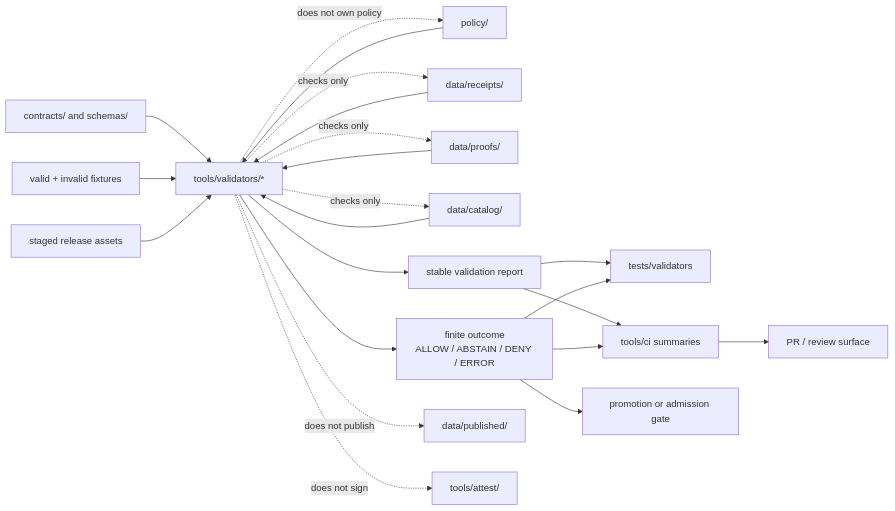
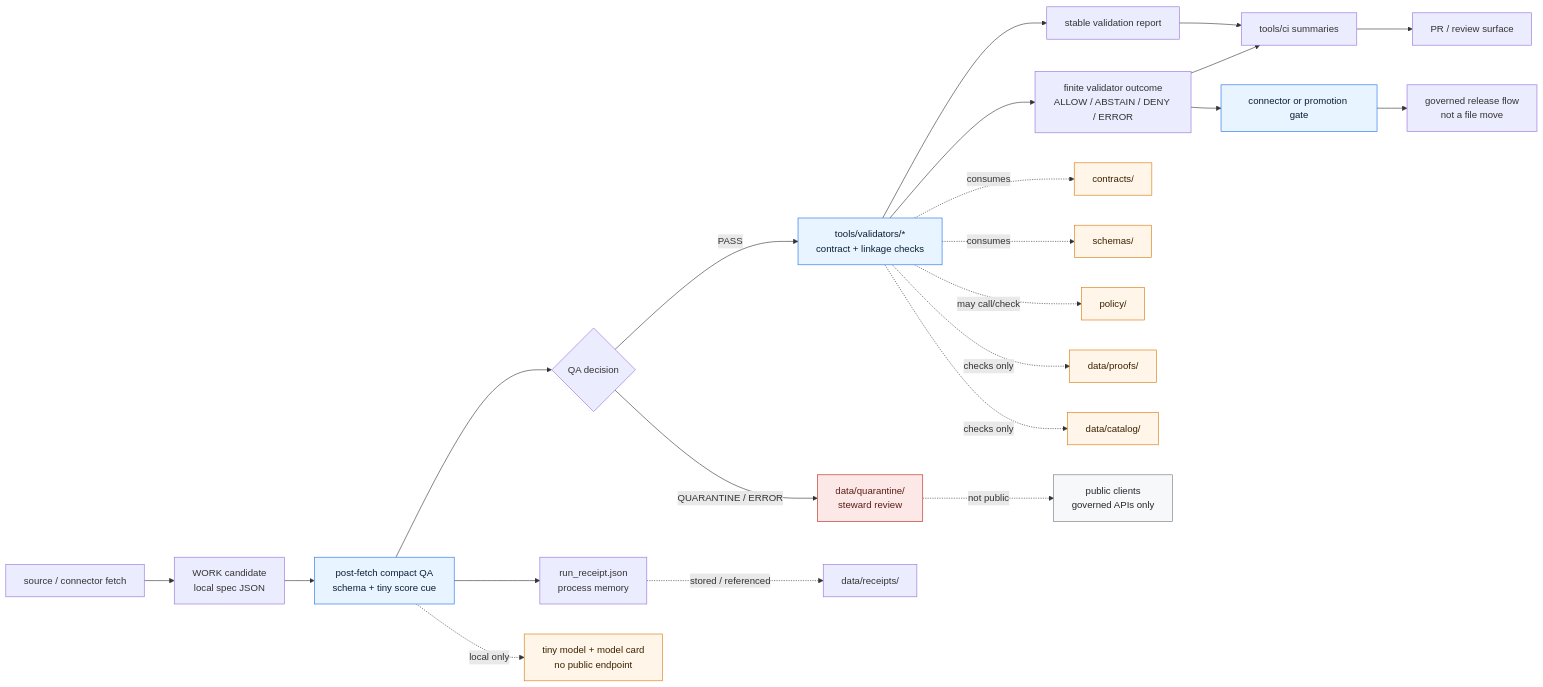
The diagram in tools/validators/README.md (bartytime4life/Kansas-Frontier-Matrix), drawn with Mermaid before and after one commit. The commit also changed other lines of this file, not shown here.

````diff
--- a/tools/validators/README.md
+++ b/tools/validators/README.md
@@ -315,29 +541,40 @@
 ```mermaid
 flowchart LR
-    A[contracts/ and schemas/] --> V[tools/validators/*]
-    B[valid + invalid fixtures] --> V
-    C[policy/] --> V
-    D[data/receipts/] --> V
-    E[data/proofs/] --> V
-    F[data/catalog/] --> V
-    G[staged release assets] --> V
+    SRC["source / connector fetch"] --> WORK["WORK candidate<br/>local spec JSON"]
+    WORK --> QA["post-fetch compact QA<br/>schema + tiny score cue"]
+    QA --> QD{"QA decision"}
+    QD -->|PASS| V["tools/validators/*<br/>contract + linkage checks"]
+    QD -->|QUARANTINE / ERROR| QT["data/quarantine/<br/>steward review"]
 
-    V --> R[stable validation report]
-    V --> O[finite outcome<br/>ALLOW / ABSTAIN / DENY / ERROR]
+    V --> R["stable validation report"]
+    V --> O["finite validator outcome<br/>ALLOW / ABSTAIN / DENY / ERROR"]
 
-    R --> T[tests/validators]
-    O --> T
+    R --> CI["tools/ci summaries"]
+    O --> CI
+    CI --> PR["PR / review surface"]
 
-    R --> CI[tools/ci summaries]
-    O --> CI
+    O --> PG["connector or promotion gate"]
+    PG --> REL["governed release flow<br/>not a file move"]
 
-    CI --> PR[PR / review surface]
-    O --> PG[promotion or admission gate]
+    QA --> RR["run_receipt.json<br/>process memory"]
+    RR -. stored / referenced .-> RECEIPTS["data/receipts/"]
 
-    V -. checks only .-> D
-    V -. checks only .-> E
-    V -. checks only .-> F
-    V -. does not publish .-> P[data/published/]
-    V -. does not sign .-> S[tools/attest/]
-    V -. does not own policy .-> C
+    V -. consumes .-> CONTRACTS["contracts/"]
+    V -. consumes .-> SCHEMAS["schemas/"]
+    V -. may call/check .-> POLICY["policy/"]
+    V -. checks only .-> PROOFS["data/proofs/"]
+    V -. checks only .-> CATALOG["data/catalog/"]
+
+    QA -. local only .-> MODEL["tiny model + model card<br/>no public endpoint"]
+    QT -. not public .-> PUBLIC["public clients<br/>governed APIs only"]
+
+    classDef gate fill:#E8F4FF,stroke:#1f6feb,color:#0b1f33;
+    classDef blocked fill:#FCE8E6,stroke:#b42318,color:#5c1b16;
+    classDef authority fill:#FFF5E8,stroke:#d97706,color:#3b2200;
+    classDef public fill:#F6F8FA,stroke:#6e7781,color:#24292f;
+
+    class QA,V,PG gate;
+    class QT blocked;
+    class CONTRACTS,SCHEMAS,POLICY,PROOFS,CATALOG,MODEL authority;
+    class PUBLIC public;
 ```
````
